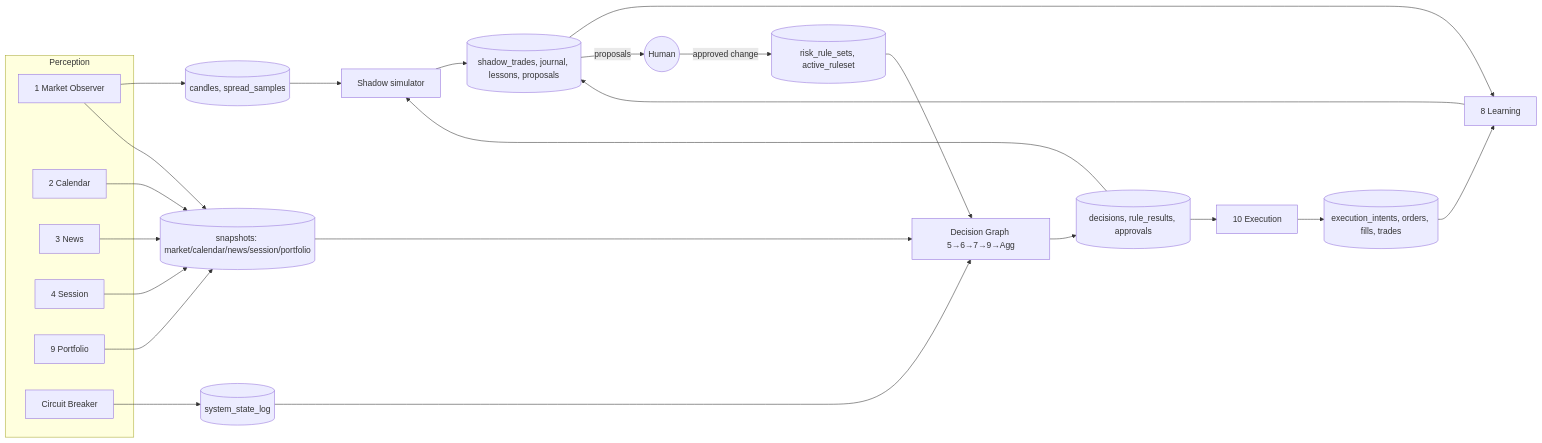
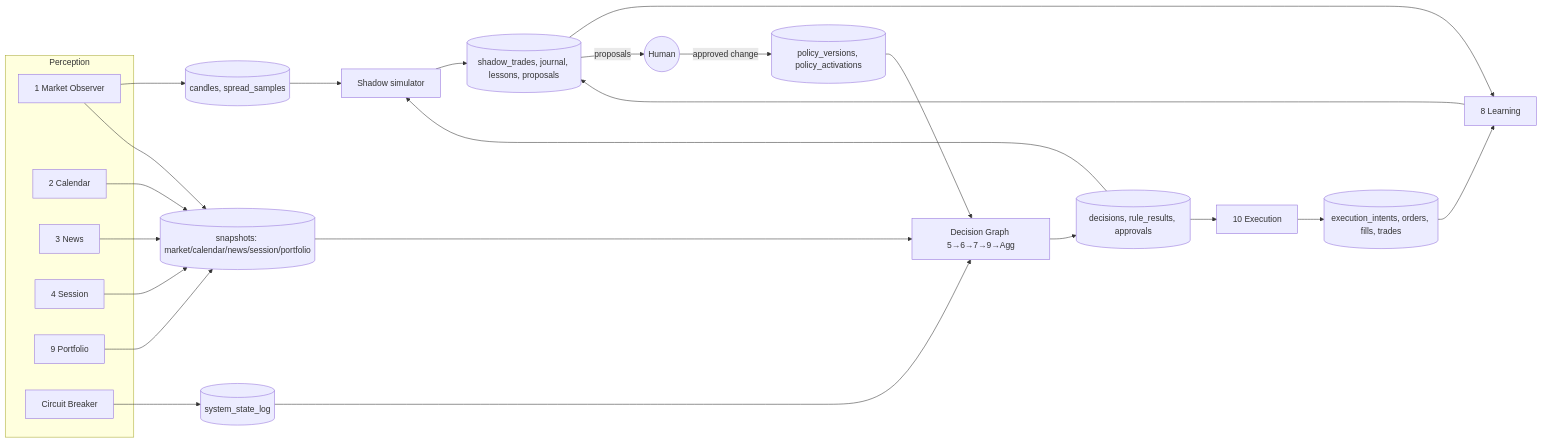
One commit to Sunitha7S/sentinel-fx changed the fourth of 5 diagrams in docs/03-agent-flow-and-langgraph.md. Above: the diagram before and after it, drawn with Mermaid. The commit also changed 9 other files, not shown here.

````diff
--- a/docs/03-agent-flow-and-langgraph.md
+++ b/docs/03-agent-flow-and-langgraph.md
@@ -226,30 +226,30 @@
 ```mermaid
 flowchart LR
   subgraph Perception
     P1[1 Market Observer]
     P2[2 Calendar]
     P3[3 News]
     P4[4 Session]
     P9[9 Portfolio]
     CB[Circuit Breaker]
   end
   D1[(candles, spread_samples)]
   D2[(snapshots: market/calendar/news/session/portfolio)]
   D3[(decisions, rule_results, approvals)]
   D4[(execution_intents, orders, fills, trades)]
   D5[(shadow_trades, journal, lessons, proposals)]
-  D6[(risk_rule_sets, active_ruleset)]
+  D6[(policy_versions, policy_activations)]
   DG[Decision Graph 5→6→7→9→Agg]
   EX[10 Execution]
   L8[8 Learning]
   H((Human))
 
   P1 --> D1 & D2
   P2 & P3 & P4 & P9 --> D2
   CB --> SS[(system_state_log)]
   D2 & D6 & SS --> DG --> D3 --> EX --> D4
   D3 --> SH[Shadow simulator] --> D5
   D1 --> SH
   D4 & D5 --> L8 --> D5
   D5 -- proposals --> H -- approved change --> D6
 ```
````
